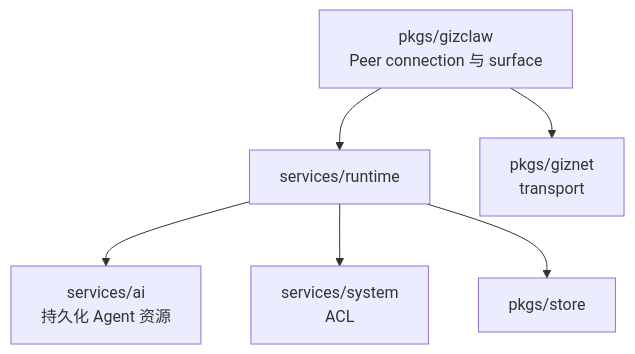
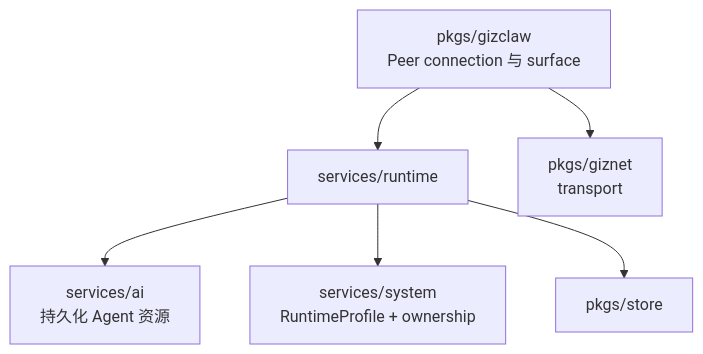
Before and after one commit to GizClaw/gizclaw: the diagram in guides/zh/developing/gizclaw/services/runtime/overview.md, drawn with Mermaid. The commit also changed 574 other files, not shown here.

First line of the commit message:
repo: replace ACL access with ownership and RuntimeProfile (#324)

````diff
--- a/guides/zh/developing/gizclaw/services/runtime/overview.md
+++ b/guides/zh/developing/gizclaw/services/runtime/overview.md
@@ -55,8 +55,8 @@
 ```mermaid
 flowchart TB
     Root["pkgs/gizclaw<br/>Peer connection 与 surface"] --> Runtime["services/runtime"]
     Runtime --> AI["services/ai<br/>持久化 Agent 资源"]
-    Runtime --> System["services/system<br/>ACL"]
+    Runtime --> System["services/system<br/>RuntimeProfile + ownership"]
     Runtime --> Store["pkgs/store"]
     Root --> Giznet["pkgs/giznet<br/>transport"]
 ```
````
